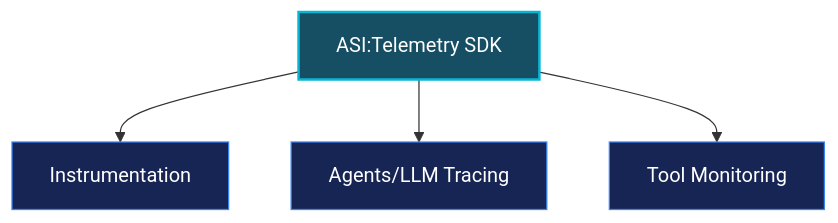
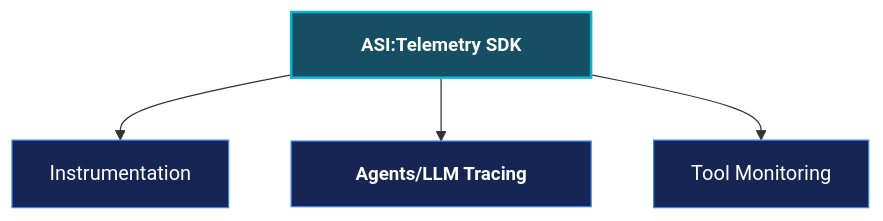
The second of 3 diagrams in content/blog/the-engineering-behind-asi-telemetry.mdx (ujjwalkat07/porfolio), drawn with Mermaid before and after one commit. The commit also changed other lines of this file and 4 other files, not shown here.

Commit message:
feat: add about page, bento profile component, and blog post on ASI telemetry architecture

````diff
--- a/content/blog/the-engineering-behind-asi-telemetry.mdx
+++ b/content/blog/the-engineering-behind-asi-telemetry.mdx
@@ -61,18 +61,18 @@
 ```mermaid
 flowchart TB
-    A["ASI:Telemetry SDK"]
+    A["<p style='font-size: 15px;font-weight:600;width:180px'>ASI:Telemetry SDK</p>"]
 
     B["Instrumentation"]
-    C["Agents/LLM Tracing"]
+    C["<p style='font-size: 15px;font-weight:600;width:180px'>Agents/LLM Tracing</p>"]
     D["Tool Monitoring"]
 
     A --> B
     A --> C
     A --> D
 
     classDef sdk fill:#164e63,stroke:#06b6d4,color:#fff,stroke-width:2px
     classDef feature fill:#172554,stroke:#3b82f6,color:#fff,stroke-width:1px
 
     class A sdk
     class B,C,D feature
 ```
````
